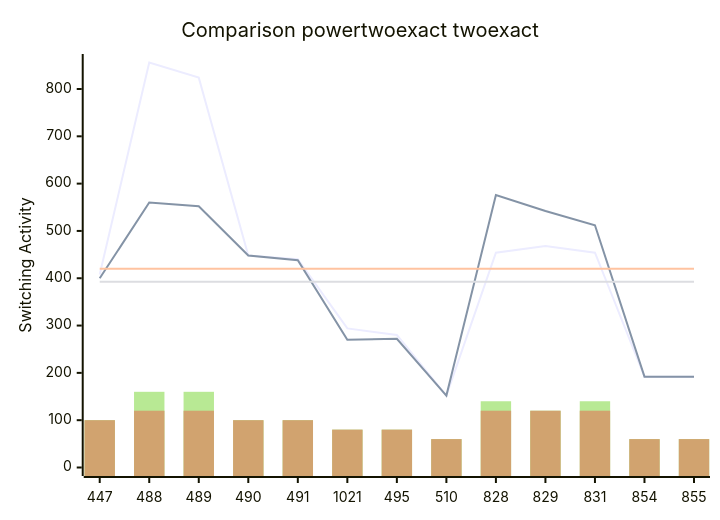
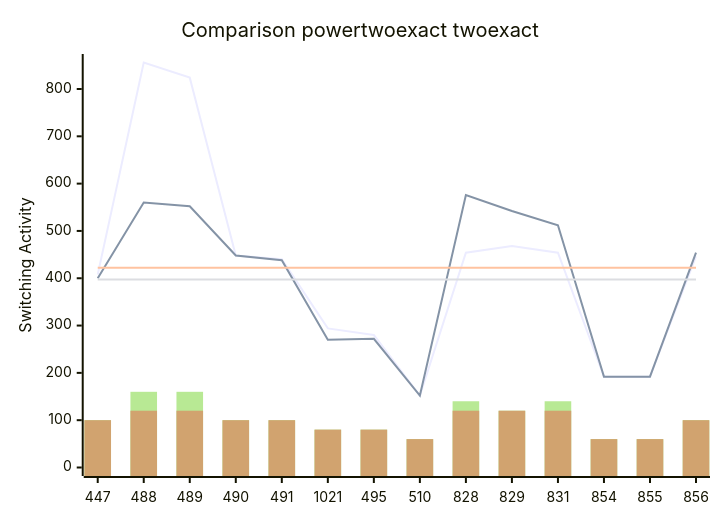
One commit to FeldmeierMichael/Exact-Power-Synthesis changed the diagram in benchmark_opt2.md. Above: the diagram before and after it, drawn with Mermaid. The commit also changed other lines of this file, not shown here.

````diff
--- a/benchmark_opt2.md
+++ b/benchmark_opt2.md
@@ -27,12 +29,12 @@
 ```mermaid
 xychart-beta
     title "Comparison powertwoexact twoexact"
-    x-axis [447, 488, 489, 490, 491, 1021, 495, 510, 828, 829, 831, 854, 855]
+    x-axis [447, 488, 489, 490, 491, 1021, 495, 510, 828, 829, 831, 854, 855, 856]
     y-axis "Switching Activity" 0-->856
-    line [408, 856, 824, 448, 440, 294, 280, 152, 454, 468, 454, 192, 192]
-    line [400, 560, 552, 448, 438, 270, 272, 152, 576, 542, 512, 192, 192]
-    line [420.15384615384613, 420.15384615384613, 420.15384615384613, 420.15384615384613, 420.15384615384613, 420.15384615384613, 420.15384615384613, 420.15384615384613, 420.15384615384613, 420.15384615384613, 420.15384615384613, 420.15384615384613, 420.15384615384613]
-    line [392.7692307692308, 392.7692307692308, 392.7692307692308, 392.7692307692308, 392.7692307692308, 392.7692307692308, 392.7692307692308, 392.7692307692308, 392.7692307692308, 392.7692307692308, 392.7692307692308, 392.7692307692308, 392.7692307692308]
-    bar [100, 160, 160, 100, 100, 80, 80, 60, 140, 120, 140, 60, 60]
-    bar [100, 120, 120, 100, 100, 80, 80, 60, 120, 120, 120, 60, 60]
+    line [408, 856, 824, 448, 440, 294, 280, 152, 454, 468, 454, 192, 192, 446]
+    line [400, 560, 552, 448, 438, 270, 272, 152, 576, 542, 512, 192, 192, 454]
+    line [422.0, 422.0, 422.0, 422.0, 422.0, 422.0, 422.0, 422.0, 422.0, 422.0, 422.0, 422.0, 422.0, 422.0]
+    line [397.14285714285717, 397.14285714285717, 397.14285714285717, 397.14285714285717, 397.14285714285717, 397.14285714285717, 397.14285714285717, 397.14285714285717, 397.14285714285717, 397.14285714285717, 397.14285714285717, 397.14285714285717, 397.14285714285717, 397.14285714285717]
+    bar [100, 160, 160, 100, 100, 80, 80, 60, 140, 120, 140, 60, 60, 100]
+    bar [100, 120, 120, 100, 100, 80, 80, 60, 120, 120, 120, 60, 60, 100]
 ```
````
